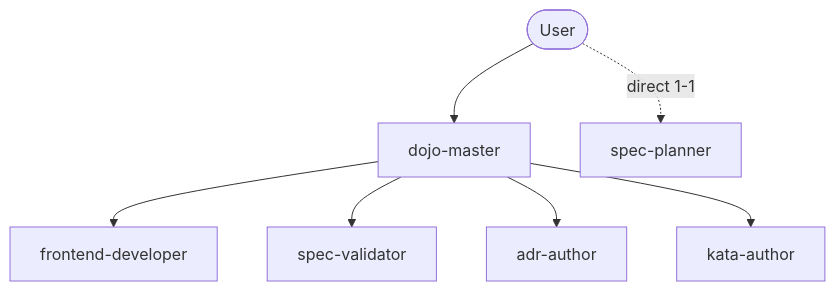
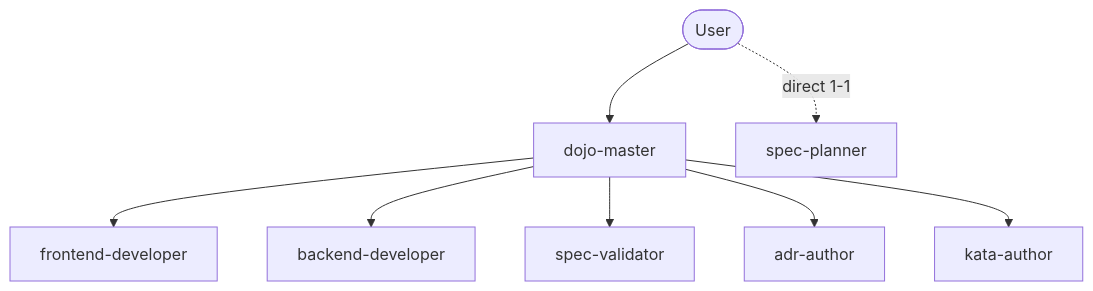
Before and after one commit to tovrleaf/openkata: the third of 4 diagrams in docs/agent-workflow.md, drawn with Mermaid. The commit also changed other lines of this file, not shown here.

Commit message:
docs: add parallel implementation and backend agent to workflow

````diff
--- a/docs/agent-workflow.md
+++ b/docs/agent-workflow.md
@@ -15,9 +36,10 @@
 ```mermaid
 graph TD
     User([User]) --> DM[dojo-master]
     User -.->|direct 1-1| SP[spec-planner]
     DM --> FD[frontend-developer]
+    DM --> BD[backend-developer]
     DM --> SV[spec-validator]
     DM --> AA[adr-author]
     DM --> KA[kata-author]
 ```
````
